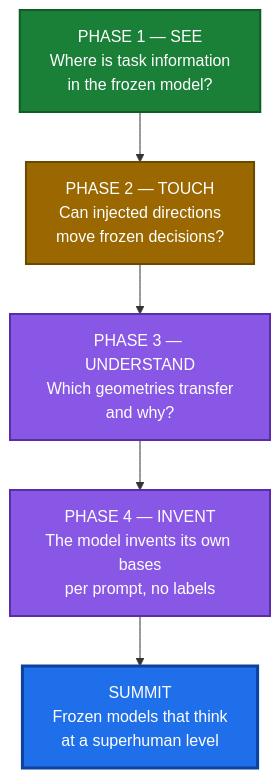
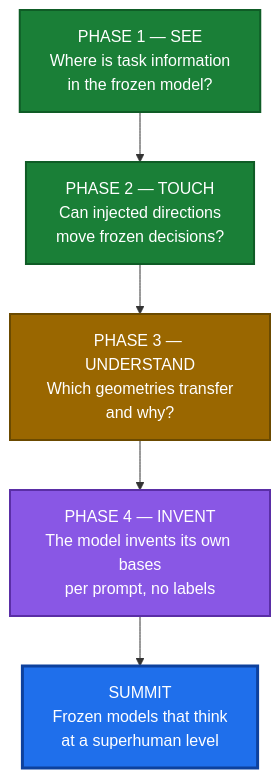
Before and after one commit to anilkumara9/SCBI: the fourth of 4 diagrams in README.md, drawn with Mermaid. The commit also changed other lines of this file and 1 other file, not shown here.

````diff
--- a/README.md
+++ b/README.md
@@ -184,15 +198,15 @@
 ```mermaid
 flowchart TD
     P1["PHASE 1 — SEE<br/>Where is task information<br/>in the frozen model?"] --> P2["PHASE 2 — TOUCH<br/>Can injected directions<br/>move frozen decisions?"]
     P2 --> P3["PHASE 3 — UNDERSTAND<br/>Which geometries transfer<br/>and why?"]
     P3 --> P4["PHASE 4 — INVENT<br/>The model invents its own bases<br/>per prompt, no labels"]
     P4 --> S["SUMMIT<br/>Frozen models that think<br/>at a superhuman level"]
     classDef done fill:#1a7f37,stroke:#0f5c26,color:#fff,stroke-width:2px
     classDef next fill:#9a6700,stroke:#6b4a00,color:#fff,stroke-width:2px
     classDef future fill:#8957e5,stroke:#5a2ea6,color:#fff,stroke-width:2px
     classDef summit fill:#1f6feb,stroke:#0d419d,color:#fff,stroke-width:3px
-    class P1 done
-    class P2 next
-    class P3,P4 future
+    class P1,P2 done
+    class P3 next
+    class P4 future
     class S summit
 ```
````
